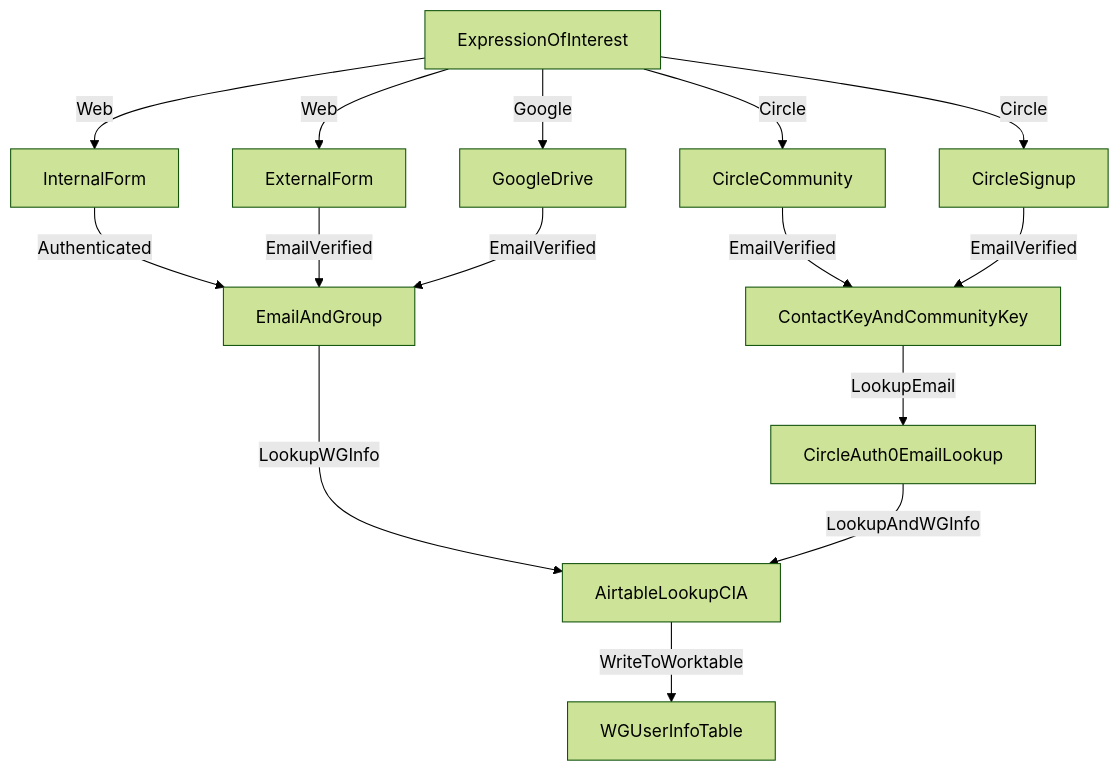
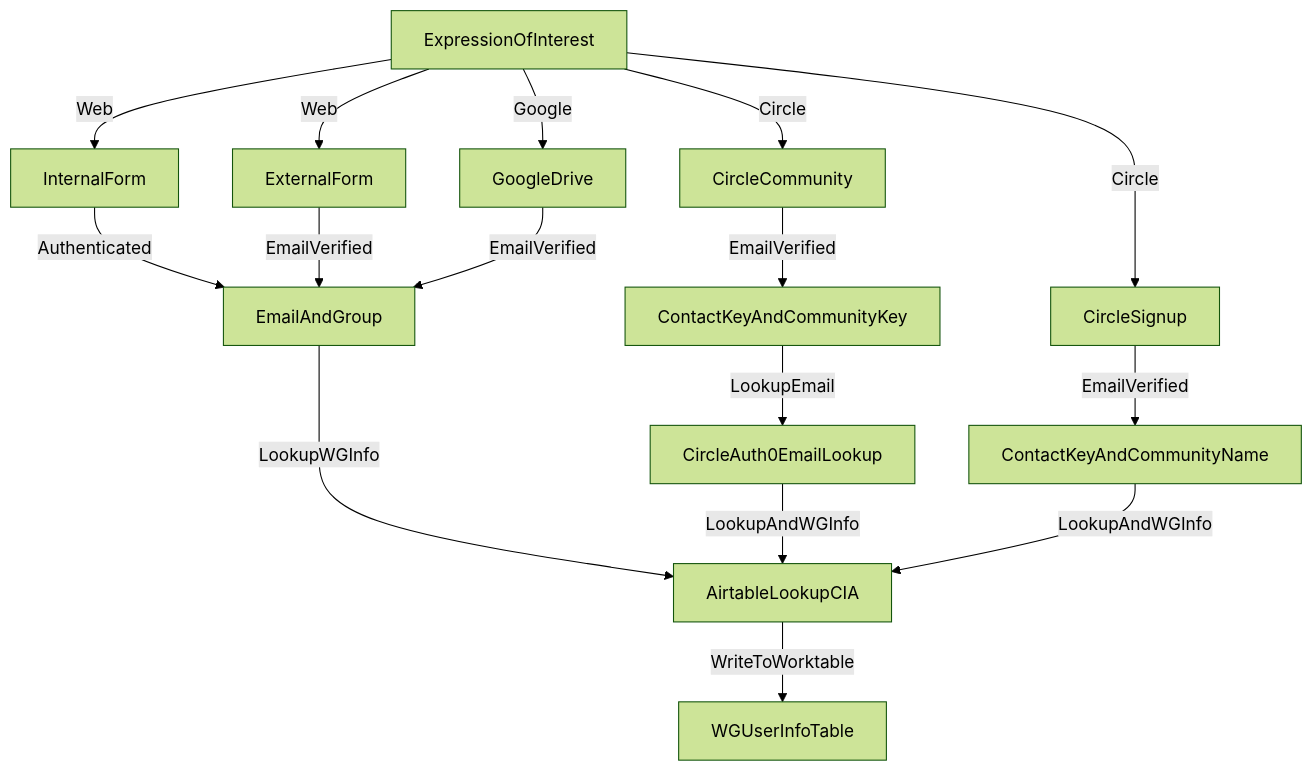
One commit to CloudSecurityAlliance/CSA-IT-Operations changed the diagram in projects/WG-automation/diagram.md. Above: the diagram before and after it, drawn with Mermaid (forest theme).

````diff
--- a/projects/WG-automation/diagram.md
+++ b/projects/WG-automation/diagram.md
@@ -1,25 +1,27 @@
 ```mermaid
 graph TD;
 
 %% TODO: Use public form options that require a validated email (Google Forms?)
 
 ExpressionOfInterest -->|Web|InternalForm[InternalForm];
 ExpressionOfInterest -->|Web|ExternalForm[ExternalForm];
 ExpressionOfInterest -->|Circle|CircleCommunity[CircleCommunity];
 ExpressionOfInterest -->|Circle|CircleSignup[CircleSignup];
 ExpressionOfInterest -->|Google|GoogleDrive[GoogleDrive];
 
 InternalForm -->|Authenticated|EmailAndGroup[EmailAndGroup];
 ExternalForm -->|EmailVerified|EmailAndGroup[EmailAndGroup];
 CircleCommunity -->|EmailVerified|ContactKeyAndCommunityKey[ContactKeyAndCommunityKey];
-CircleSignup -->|EmailVerified|ContactKeyAndCommunityKey[ContactKeyAndCommunityKey];
+CircleSignup -->|EmailVerified|ContactKeyAndCommunityName[ContactKeyAndCommunityName];
 GoogleDrive -->|EmailVerified|EmailAndGroup[EmailAndGroup];
 
 EmailAndGroup -->|LookupWGInfo|AirtableLookupCIA[AirtableLookupCIA];
 
 ContactKeyAndCommunityKey -->|LookupEmail|CircleAuth0EmailLookup[CircleAuth0EmailLookup];
 CircleAuth0EmailLookup -->|LookupAndWGInfo|AirtableLookupCIA[AirtableLookupCIA];
 
+ContactKeyAndCommunityName -->|LookupAndWGInfo|AirtableLookupCIA[AirtableLookupCIA];
+
 AirtableLookupCIA -->|WriteToWorktable|WGUserInfoTable[WGUserInfoTable];
 
 ```
````
